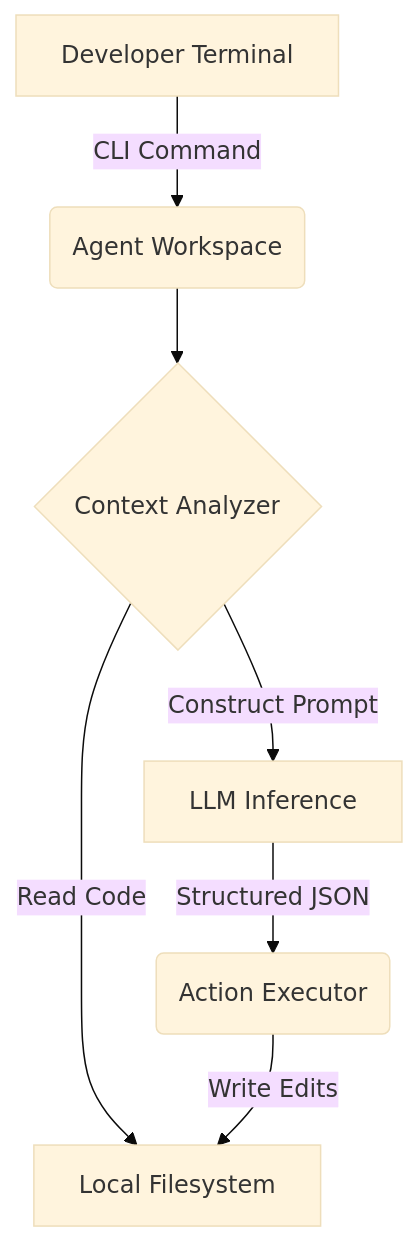
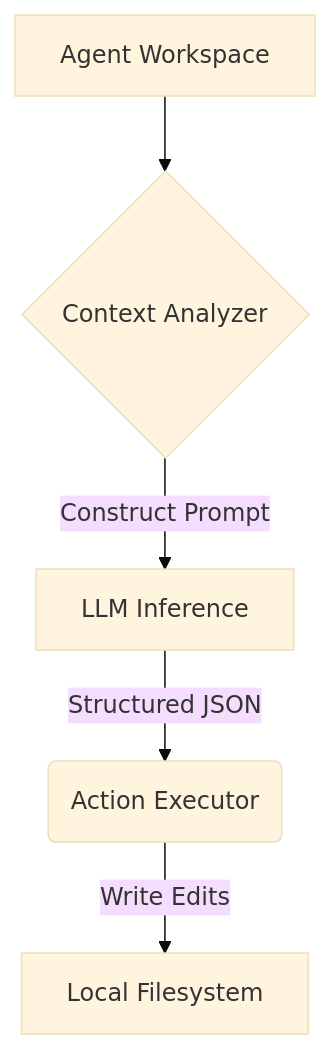
Before and after one commit to dev4aibots/agentic-cli-workspace: the diagram in README.md, drawn with Mermaid (base theme). The commit also changed other lines of this file, not shown here.

````diff
--- a/README.md
+++ b/README.md
@@ -13,9 +44,7 @@
 ```mermaid
 flowchart TD
-    A[Developer Terminal] -->|CLI Command| B(Agent Workspace)
-    B --> C{Context Analyzer}
-    C -->|Read Code| D[Local Filesystem]
-    C -->|Construct Prompt| E[LLM Inference]
-    E -->|Structured JSON| F(Action Executor)
-    F -->|Write Edits| D
+    A[Agent Workspace] --> B{Context Analyzer}
+    B -->|Construct Prompt| C[LLM Inference]
+    C -->|Structured JSON| D(Action Executor)
+    D -->|Write Edits| E[Local Filesystem]
 ```
````
